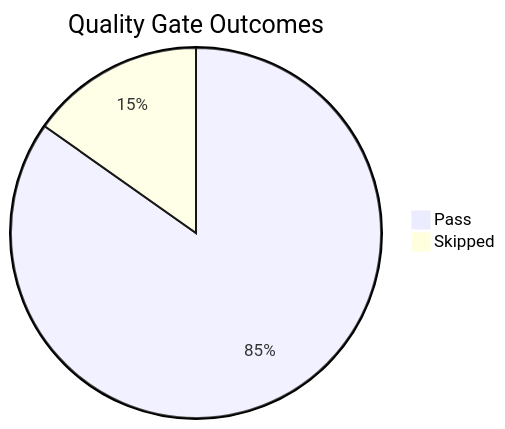
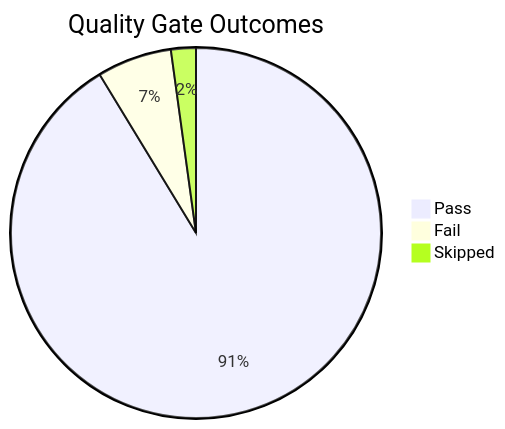
One commit to yeongseon/azure-app-service-practical-guide changed the diagram in docs/meta/golden-status.md. Above: the diagram before and after it, drawn with Mermaid. The commit also changed other lines of this file and 1 other file, not shown here.

````diff
--- a/docs/meta/golden-status.md
+++ b/docs/meta/golden-status.md
@@ -44,5 +42,6 @@
 ```mermaid
 pie title Quality Gate Outcomes
-    "Pass" : 39
-    "Skipped" : 7
+    "Pass" : 42
+    "Fail" : 3
+    "Skipped" : 1
 ```
````
